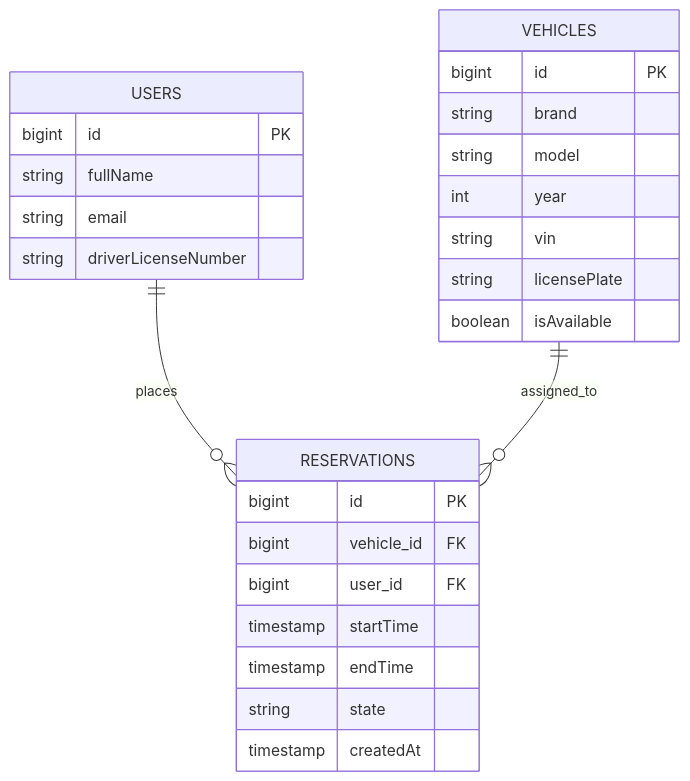
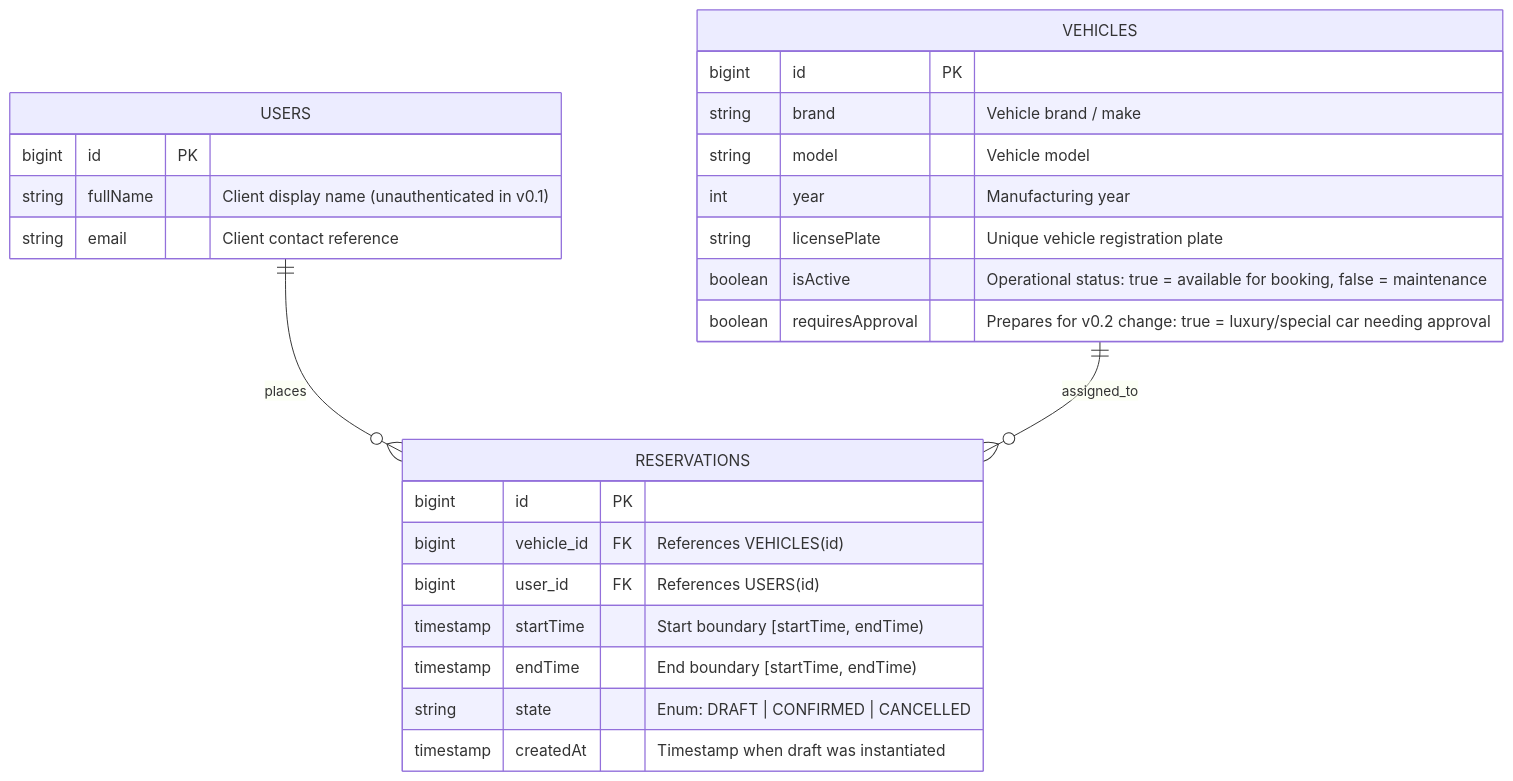
One commit to Zephy-X/AutaRepo changed the diagram in docs/specification/diagrams/database-erd.mmd. Above: the diagram before and after it, drawn with Mermaid. The commit also changed 14 other files, not shown here.

```diff
--- a/docs/specification/diagrams/database-erd.mmd
+++ b/docs/specification/diagrams/database-erd.mmd
@@ -1,30 +1,29 @@
 erDiagram
     USERS ||--o{ RESERVATIONS : places
     VEHICLES ||--o{ RESERVATIONS : assigned_to
 
     USERS {
         bigint id PK
-        string fullName
-        string email
-        string driverLicenseNumber
+        string fullName "Client display name (unauthenticated in v0.1)"
+        string email "Client contact reference"
     }
 
     VEHICLES {
         bigint id PK
-        string brand
-        string model
-        int year
-        string vin
-        string licensePlate
-        boolean isAvailable
+        string brand "Vehicle brand / make"
+        string model "Vehicle model"
+        int year "Manufacturing year"
+        string licensePlate "Unique vehicle registration plate"
+        boolean isActive "Operational status: true = available for booking, false = maintenance"
+        boolean requiresApproval "Prepares for v0.2 change: true = luxury/special car needing approval"
     }
 
     RESERVATIONS {
         bigint id PK
-        bigint vehicle_id FK
-        bigint user_id FK
-        timestamp startTime
-        timestamp endTime
-        string state
-        timestamp createdAt
+        bigint vehicle_id FK "References VEHICLES(id)"
+        bigint user_id FK "References USERS(id)"
+        timestamp startTime "Start boundary [startTime, endTime)"
+        timestamp endTime "End boundary [startTime, endTime)"
+        string state "Enum: DRAFT | CONFIRMED | CANCELLED"
+        timestamp createdAt "Timestamp when draft was instantiated"
     }
```
